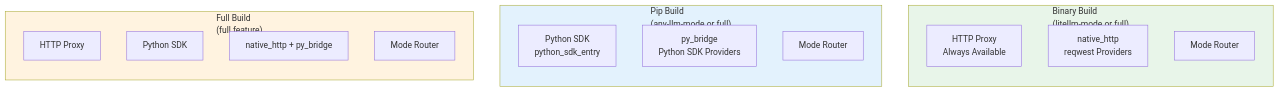
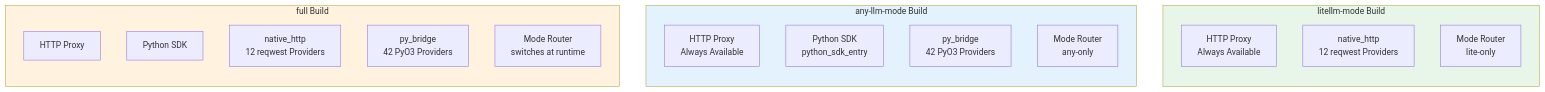
One commit to CipherOcto/cipherocto changed diagram 17 of 19 in docs/architecture/quota-router-architecture.md. Above: the diagram before and after it, drawn with Mermaid. The commit also changed other lines of this file, not shown here.

Commit message:
docs(arch): fix Section 10 — deployment vs mode gate semantics
Clarify that deployment (binary/pip) and feature gate (litellm-mode,
any-llm-mode, full) are orthogonal. Both deployments expose both
interfaces (HTTP + library) in all three feature configurations; the
mode gate controls which provider backend is compiled in (reqwest vs
PyO3), not interface availability.

Section 10.2 diagram labels changed from "Binary/Pip/Full Build" to
feature-gate names ("litellm-mode Build", etc.) — binary and pip can
each be built with any of the three feature gates. Added Build
Configuration Summary table for quick reference.

````diff
--- a/docs/architecture/quota-router-architecture.md
+++ b/docs/architecture/quota-router-architecture.md
@@ -1013,28 +1018,29 @@
 ```mermaid
 graph TB
-    subgraph Binary["Binary Build<br/>(litellm-mode or full)"]
+    subgraph Litellm["litellm-mode Build"]
         direction TB
-        B1[HTTP Proxy<br/>Always Available]
-        B2[native_http<br/>reqwest Providers]
-        B3[Mode Router]
+        L1[HTTP Proxy<br/>Always Available]
+        L2[native_http<br/>12 reqwest Providers]
+        L3[Mode Router<br/>lite-only]
+        style Litellm fill:#e8f5e9
     end
 
-    subgraph Pip["Pip Build<br/>(any-llm-mode or full)"]
+    subgraph AnyLlm["any-llm-mode Build"]
         direction TB
-        P1[Python SDK<br/>python_sdk_entry]
-        P2[py_bridge<br/>Python SDK Providers]
-        P3[Mode Router]
+        A1[HTTP Proxy<br/>Always Available]
+        A2[Python SDK<br/>python_sdk_entry]
+        A3[py_bridge<br/>42 PyO3 Providers]
+        A4[Mode Router<br/>any-only]
+        style AnyLlm fill:#e3f2fd
     end
 
-    subgraph Full["Full Build<br/>(full feature)"]
+    subgraph Full["full Build"]
         direction TB
         F1[HTTP Proxy]
         F2[Python SDK]
-        F3[native_http + py_bridge]
-        F4[Mode Router]
+        F3[native_http<br/>12 reqwest Providers]
+        F4[py_bridge<br/>42 PyO3 Providers]
+        F5[Mode Router<br/>switches at runtime]
+        style Full fill:#fff3e0
     end
-
-    style Binary fill:#e8f5e9
-    style Pip fill:#e3f2fd
-    style Full fill:#fff3e0
 ```
````
